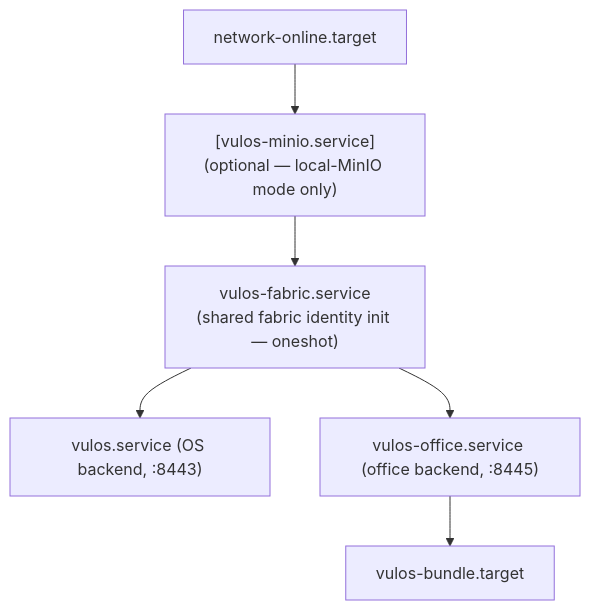
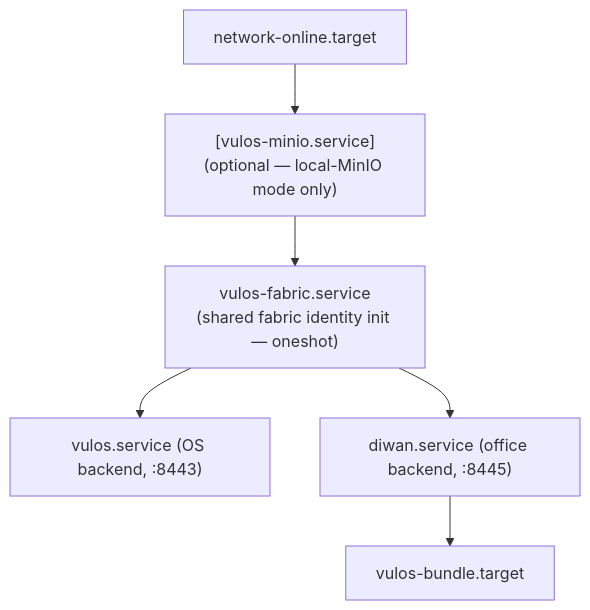
One commit to vul-os/diwan changed the diagram in site/docs/install.md. Above: the diagram before and after it, drawn with Mermaid. The commit also changed other lines of this file and 312 other files, not shown here.

First line of the commit message:
Rename Ofisi to Diwan, and rebuild the site on the product's own theme

````diff
--- a/site/docs/install.md
+++ b/site/docs/install.md
@@ -69,14 +69,14 @@
 ```mermaid
 flowchart TD
     Net["network-online.target"]
     MinIO["[vulos-minio.service]<br/>(optional — local-MinIO mode only)"]
     Fabric["vulos-fabric.service<br/>(shared fabric identity init — oneshot)"]
     OS["vulos.service (OS backend, :8443)"]
-    Ofisi["vulos-office.service (office backend, :8445)"]
+    Diwan["diwan.service (office backend, :8445)"]
     Bundle["vulos-bundle.target"]
     Net --> MinIO
     MinIO --> Fabric
     Fabric --> OS
-    Fabric --> Ofisi
-    Ofisi --> Bundle
+    Fabric --> Diwan
+    Diwan --> Bundle
 ```
````
